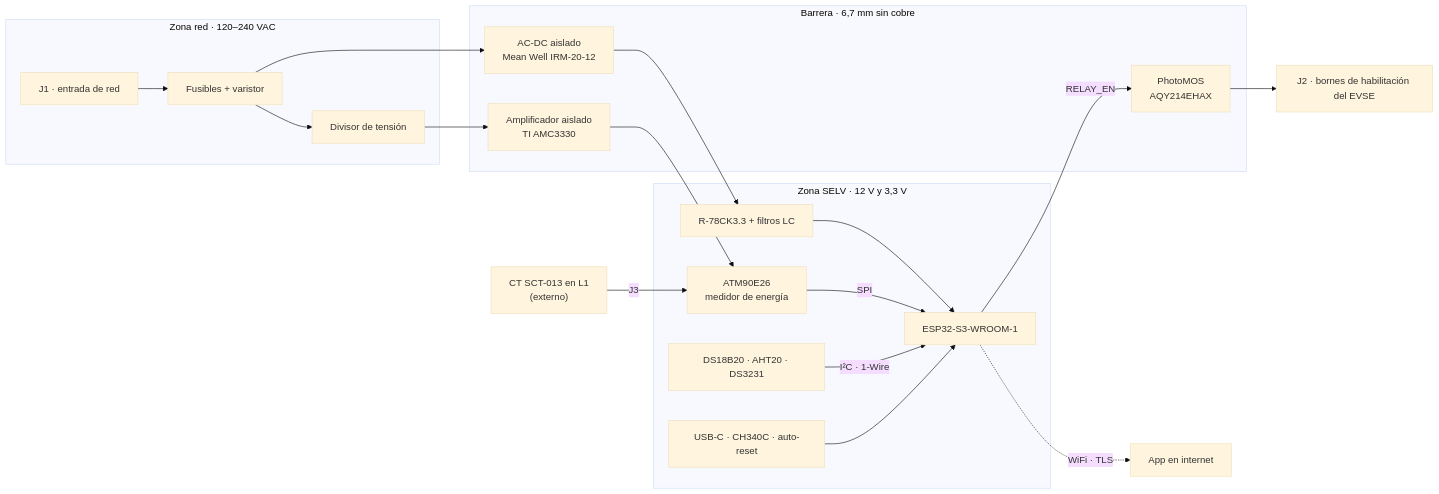
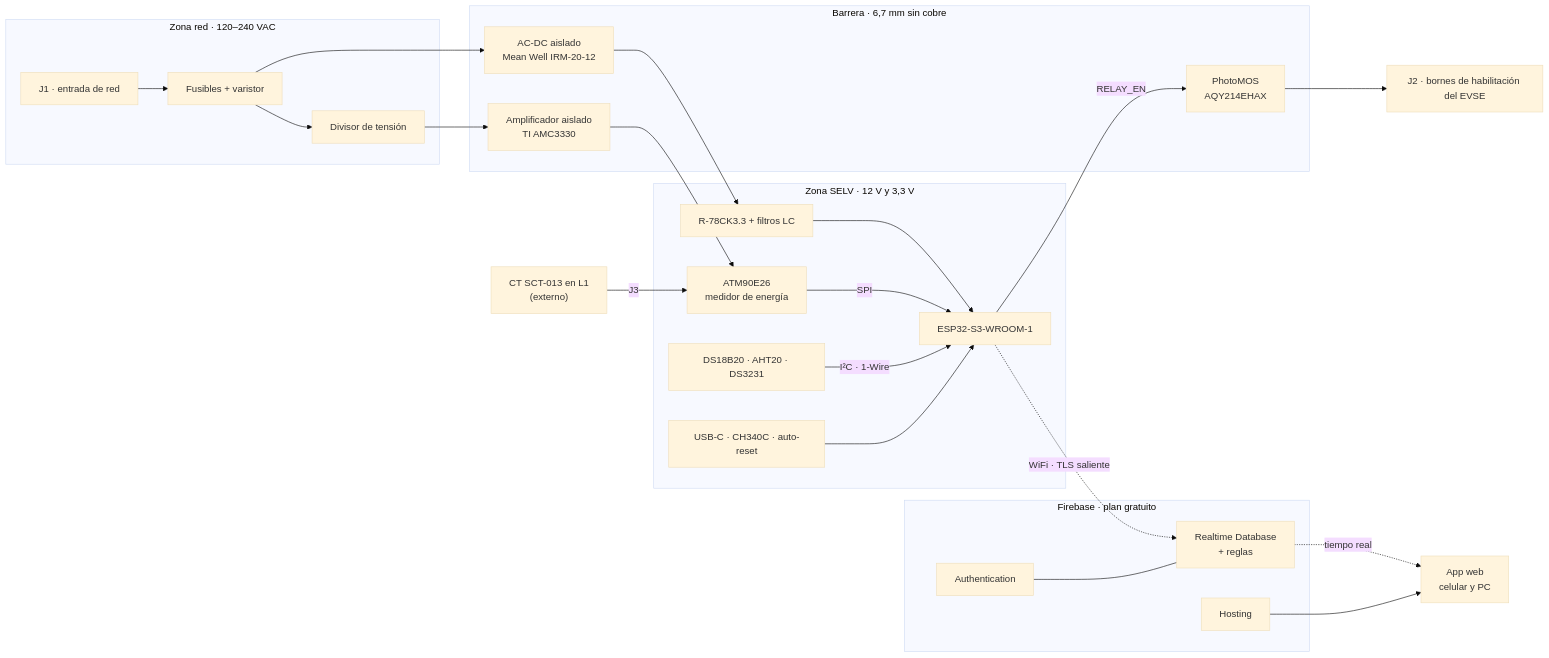
Before and after one commit to NicoGomez4262/control-carga-evse: the diagram in README.md, drawn with Mermaid (base theme). The commit also changed other lines of this file and 9 other files, not shown here.

Commit message:
F10 (10H): fotos de la placa funcionando (docs/fotos), video del proyecto y README reescrito con el estado del 27 nov (app publicada, firmware 1.0.3, red por transformador de aislamiento, OTA); PLAN_FASES, ARQUITECTURA, registro de pruebas y NEXT_SESSION al dia

````diff
--- a/README.md
+++ b/README.md
@@ -88,32 +118,41 @@
 ```mermaid
 flowchart LR
   CT["CT SCT-013 en L1<br/>(externo)"]
 
   subgraph RED["Zona red · 120–240 VAC"]
     J1["J1 · entrada de red"] --> PROT["Fusibles + varistor"]
     PROT --> DIV["Divisor de tensión"]
   end
 
   subgraph BARRERA["Barrera · 6,7 mm sin cobre"]
     ACDC["AC-DC aislado<br/>Mean Well IRM-20-12"]
     AMC["Amplificador aislado<br/>TI AMC3330"]
     K1["PhotoMOS<br/>AQY214EHAX"]
   end
 
   subgraph SELV["Zona SELV · 12 V y 3,3 V"]
     REG["R-78CK3.3 + filtros LC"]
     ATM["ATM90E26<br/>medidor de energía"]
     ESP["ESP32-S3-WROOM-1"]
     SENS["DS18B20 · AHT20 · DS3231"]
     USB["USB-C · CH340C · auto-reset"]
   end
 
+  subgraph NUBE["Firebase · plan gratuito"]
+    AUTH["Authentication"]
+    RTDB["Realtime Database<br/>+ reglas"]
+    HOST["Hosting"]
+  end
+
   PROT --> ACDC --> REG --> ESP
   DIV --> AMC --> ATM
   CT -- "J3" --> ATM
   ATM -- SPI --> ESP
   SENS -- "I²C · 1-Wire" --> ESP
   USB --> ESP
   ESP -- RELAY_EN --> K1 --> J2["J2 · bornes de habilitación del EVSE"]
-  ESP -. "WiFi · TLS" .-> APP["App en internet"]
+  ESP -. "WiFi · TLS saliente" .-> RTDB
+  RTDB -. "tiempo real" .-> APP["App web<br/>celular y PC"]
+  HOST --> APP
+  AUTH --- RTDB
 ```
````
